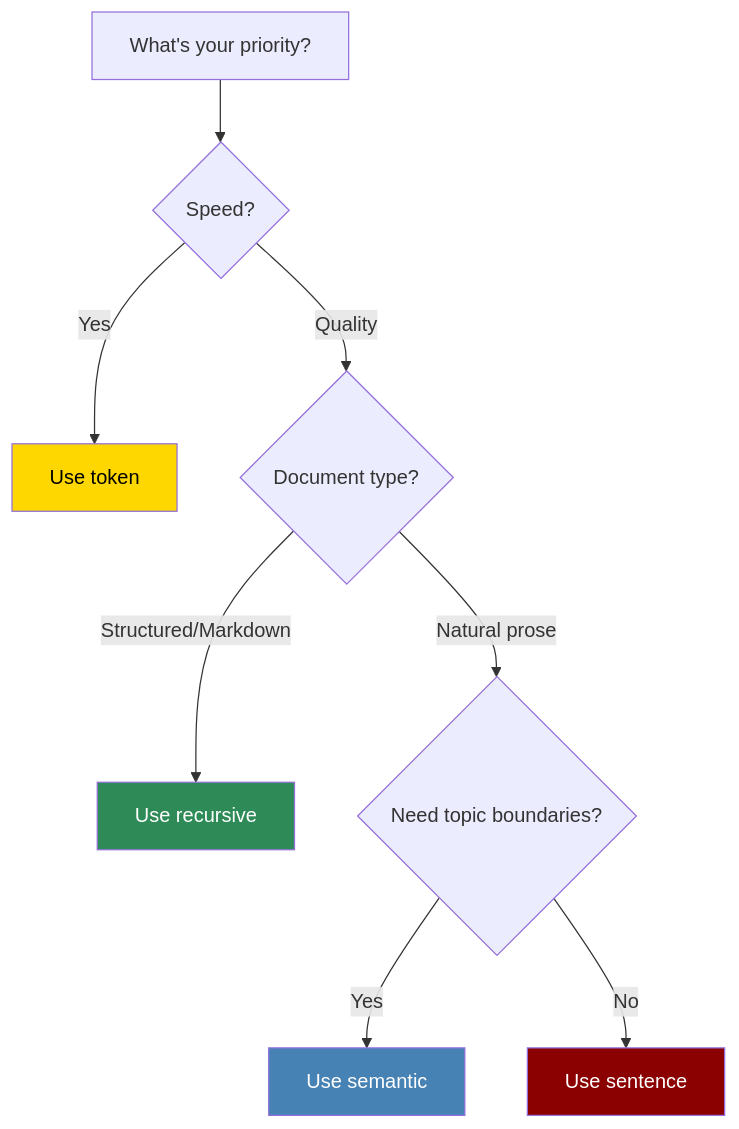
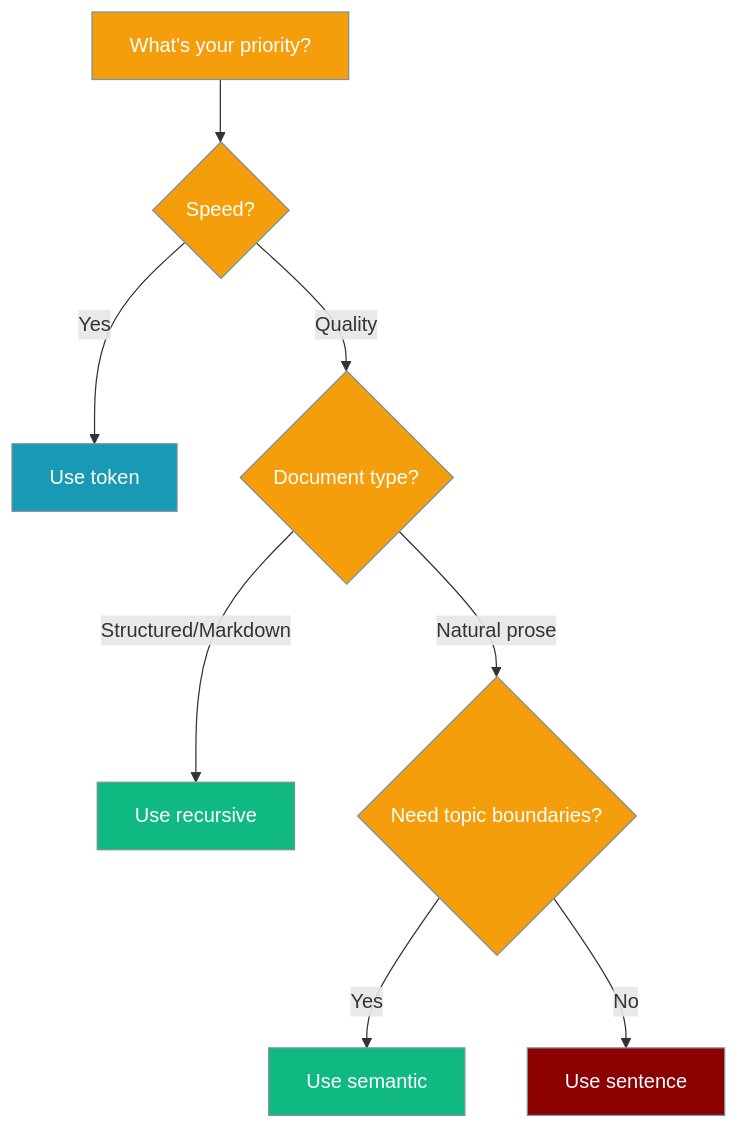
Before and after one commit to MervinPraison/PraisonAIDocs: the second of 2 diagrams in docs/features/chunking-strategies.mdx, drawn with Mermaid. The commit also changed other lines of this file and 10 other files, not shown here.

First line of the commit message:
fix: align Mermaid classDef stroke and palette in batch-1 features

````diff
--- a/docs/features/chunking-strategies.mdx
+++ b/docs/features/chunking-strategies.mdx
@@ -216,15 +212,19 @@
 ```mermaid
 flowchart TD
     A[What's your priority?] --> B{Speed?}
     B -->|Yes| C[Use token]
     B -->|Quality| D{Document type?}
     D -->|Structured/Markdown| E[Use recursive]
     D -->|Natural prose| F{Need topic boundaries?}
     F -->|Yes| G[Use semantic]
     F -->|No| H[Use sentence]
     
-    style C fill:#FFD700,color:#000
-    style E fill:#2E8B57,color:#fff
-    style G fill:#4682B4,color:#fff
-    style H fill:#8B0000,color:#fff
+    classDef decision fill:#F59E0B,stroke:#7C90A0,color:#fff
+    classDef result fill:#10B981,stroke:#7C90A0,color:#fff
+    classDef fast fill:#189AB4,stroke:#7C90A0,color:#fff
+    classDef fallback fill:#8B0000,stroke:#7C90A0,color:#fff
+    class A,B,D,F decision
+    class C fast
+    class E,G result
+    class H fallback
 ```
````
